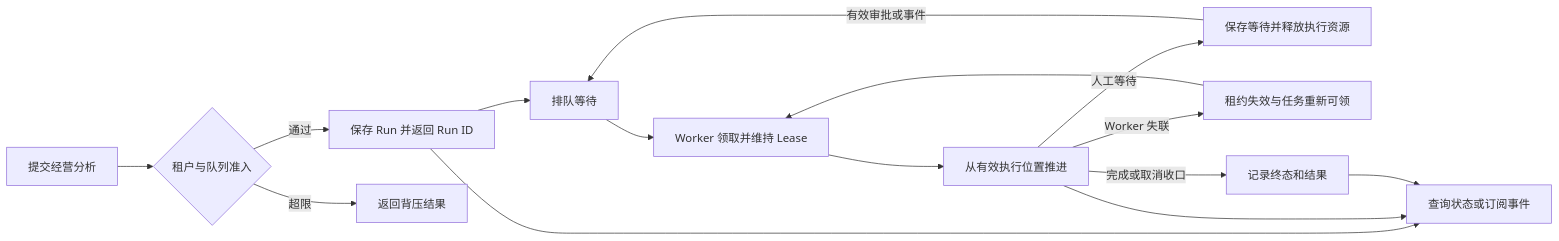
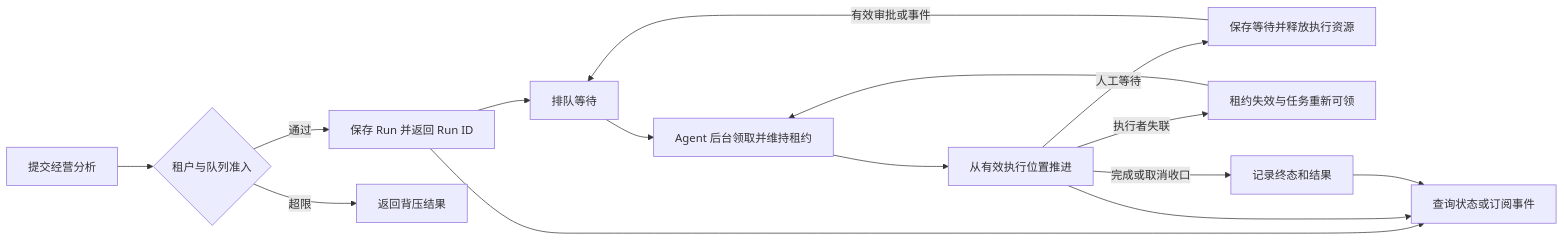
One commit to RuiLu007/compass changed the second of 2 diagrams in mai-specs/984-lesson-20-production-agent-runtime/spec/PRD.md. Above: the diagram before and after it, drawn with Mermaid. The commit also changed other lines of this file and 204 other files, not shown here.

````diff
--- a/mai-specs/984-lesson-20-production-agent-runtime/spec/PRD.md
+++ b/mai-specs/984-lesson-20-production-agent-runtime/spec/PRD.md
@@ -34,17 +48,17 @@
 ```mermaid
 flowchart LR
     A["提交经营分析"] --> B{"租户与队列准入"}
     B -->|通过| C["保存 Run 并返回 Run ID"]
     B -->|超限| D["返回背压结果"]
     C --> E["排队等待"]
     C --> T["查询状态或订阅事件"]
-    E --> F["Worker 领取并维持 Lease"]
+    E --> F["Agent 后台领取并维持租约"]
     F --> G["从有效执行位置推进"]
     G -->|人工等待| H["保存等待并释放执行资源"]
     H -->|有效审批或事件| E
-    G -->|Worker 失联| I["租约失效与任务重新可领"]
+    G -->|执行者失联| I["租约失效与任务重新可领"]
     I --> F
     G -->|完成或取消收口| J["记录终态和结果"]
     G --> T
     J --> T
 ```
````
